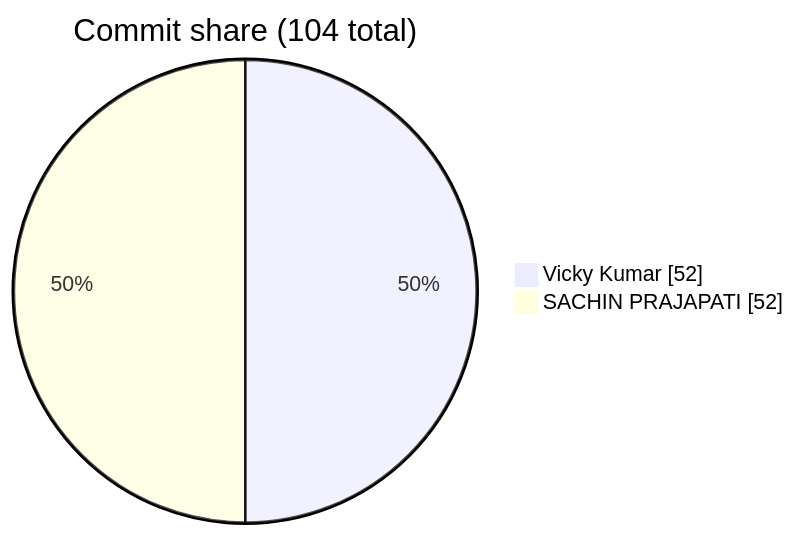
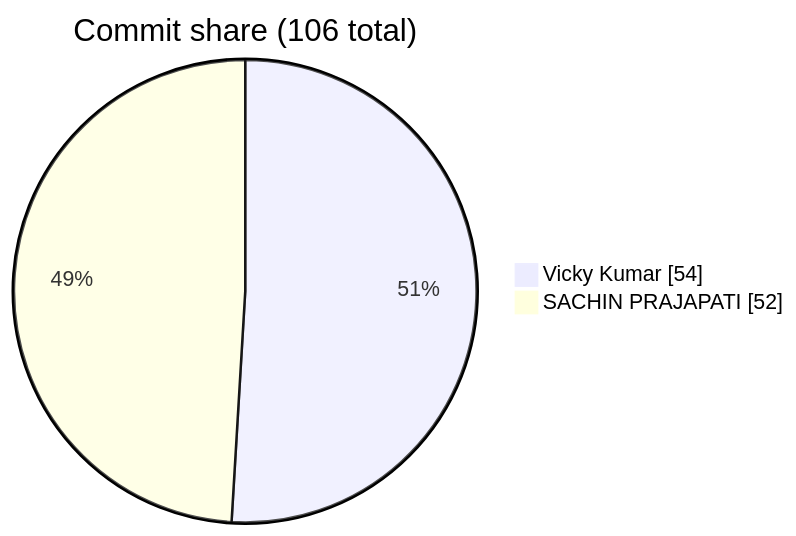
The seventh of 7 diagrams in README.md (FiscalMindset/Clipo), drawn with Mermaid before and after one commit.

Commit message:
docs(readme): auto-update contributor stats and star history

````diff
--- a/README.md
+++ b/README.md
@@ -752,5 +752,5 @@
 ```mermaid
-pie showData title Commit share (104 total)
-    "Vicky Kumar" : 52
+pie showData title Commit share (106 total)
+    "Vicky Kumar" : 54
     "SACHIN PRAJAPATI" : 52
 ```
````
